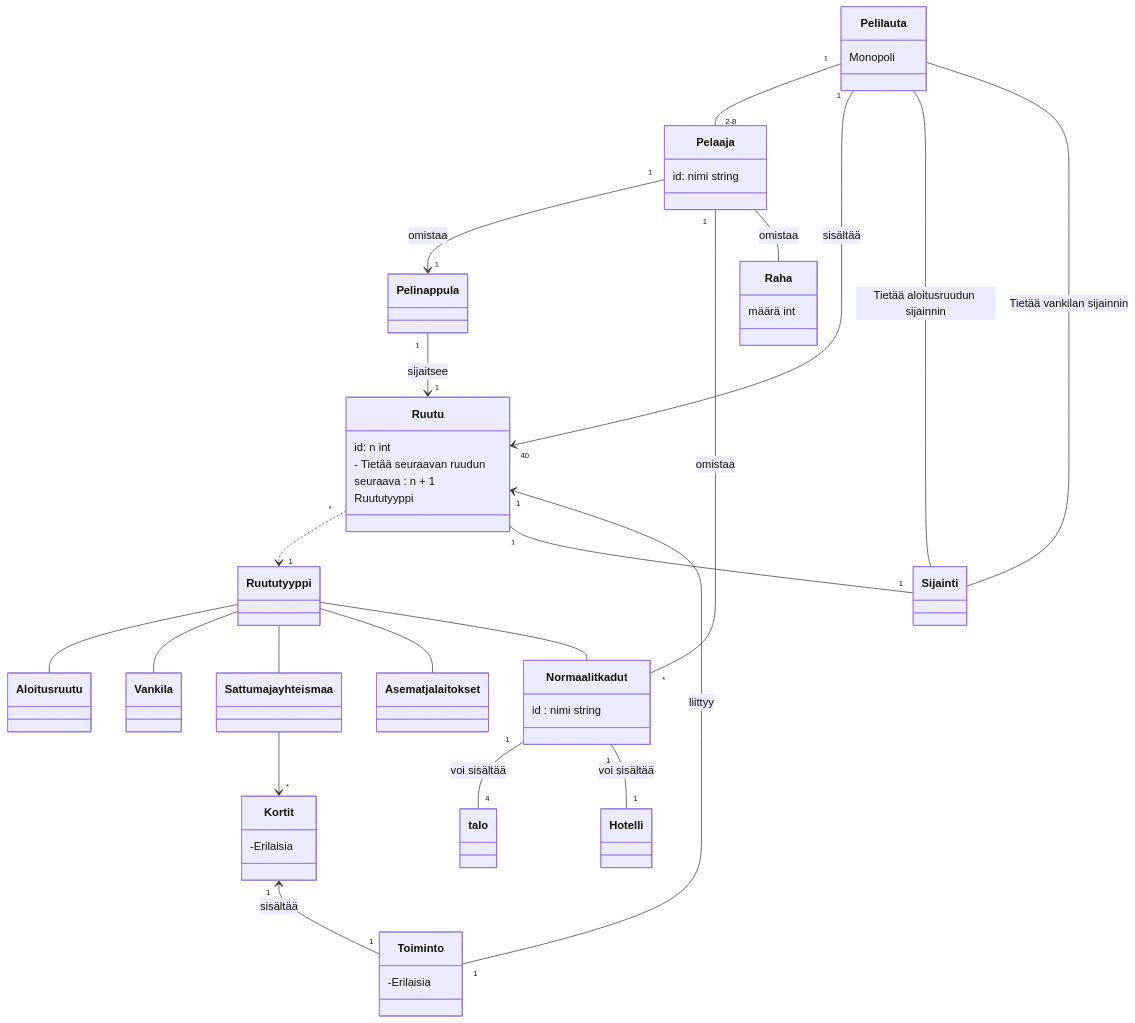
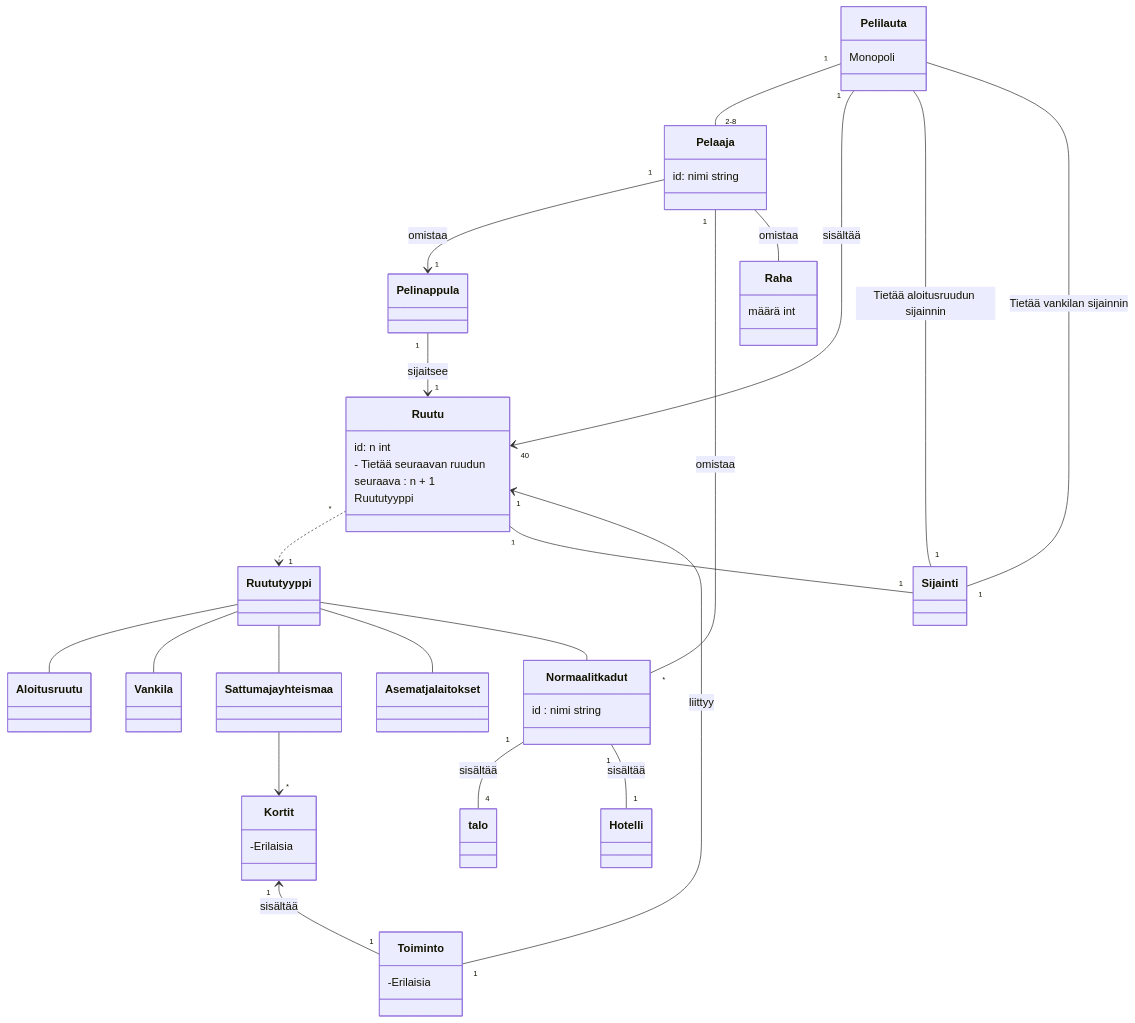
Before and after one commit to brotholi/ot-harjoitustyo: the diagram in laskarit/viikko3/monopoli.md, drawn with Mermaid.

````diff
--- a/laskarit/viikko3/monopoli.md
+++ b/laskarit/viikko3/monopoli.md
@@ -1,82 +1,82 @@
 ```mermaid
  classDiagram
     
     
     class Pelaaja {
        id: nimi string
     }
 
     class Pelilauta {
      Monopoli 
     }
     
     
     class Ruutu {
      id: n int
      - Tietää seuraavan ruudun
      seuraava : n + 1
      Ruututyyppi 
     
     }
     
     
 
     class Normaalit kadut {
      id : nimi string
     }
          
     class Pelinappula {
     }
     
     class Toiminto {
      -Erilaisia
     }
     
     class Kortit {
      -Erilaisia
     
     }
     
     class Raha {
     määrä int
     }
     
 
     Pelilauta "1" -- "2-8" Pelaaja
 
     Pelaaja "1" --> "1" Pelinappula : omistaa
     Pelilauta "1" --> "40" Ruutu : sisältää
     Pelinappula "1" --> "1" Ruutu : sijaitsee
 
     Ruutu "*" ..> "1" Ruututyyppi 
     
     Ruututyyppi -- Aloitusruutu
     Ruututyyppi -- Vankila
     Ruututyyppi -- Sattuma ja yhteismaa
     Ruututyyppi -- Asemat ja laitokset
     Ruututyyppi -- Normaalit kadut
 
 
     Sattuma ja yhteismaa --> "*" Kortit
     
     Ruutu "1" -- "1" Sijainti
     
-    Pelilauta -- Sijainti : Tietää aloitusruudun sijainnin
-    Pelilauta -- Sijainti : Tietää vankilan sijainnin
+    Pelilauta -- "1" Sijainti : Tietää aloitusruudun sijainnin
+    Pelilauta -- "1" Sijainti : Tietää vankilan sijainnin
     
     Ruutu "1" <-- "1" Toiminto : liittyy
     
     Kortit "1" <-- "1" Toiminto : sisältää
     
-    Normaalit kadut "1" -- "4" talo : voi sisältää
-    Normaalit kadut "1" -- "1" Hotelli : voi sisältää
+    Normaalit kadut "1" -- "4" talo : sisältää
+    Normaalit kadut "1" -- "1" Hotelli : sisältää
     
     Pelaaja "1" -- "*" Normaalit kadut : omistaa
     
     Pelaaja -- Raha : omistaa
     
     
 
 
     
 ```
````
